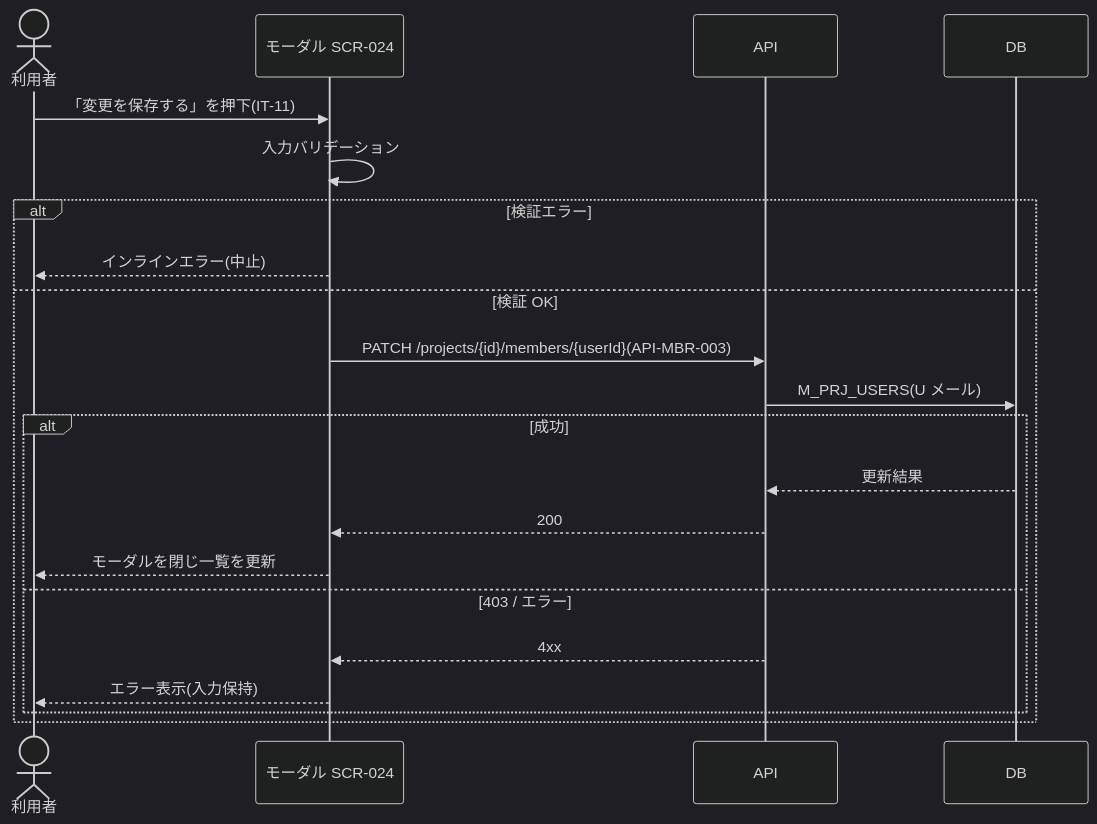
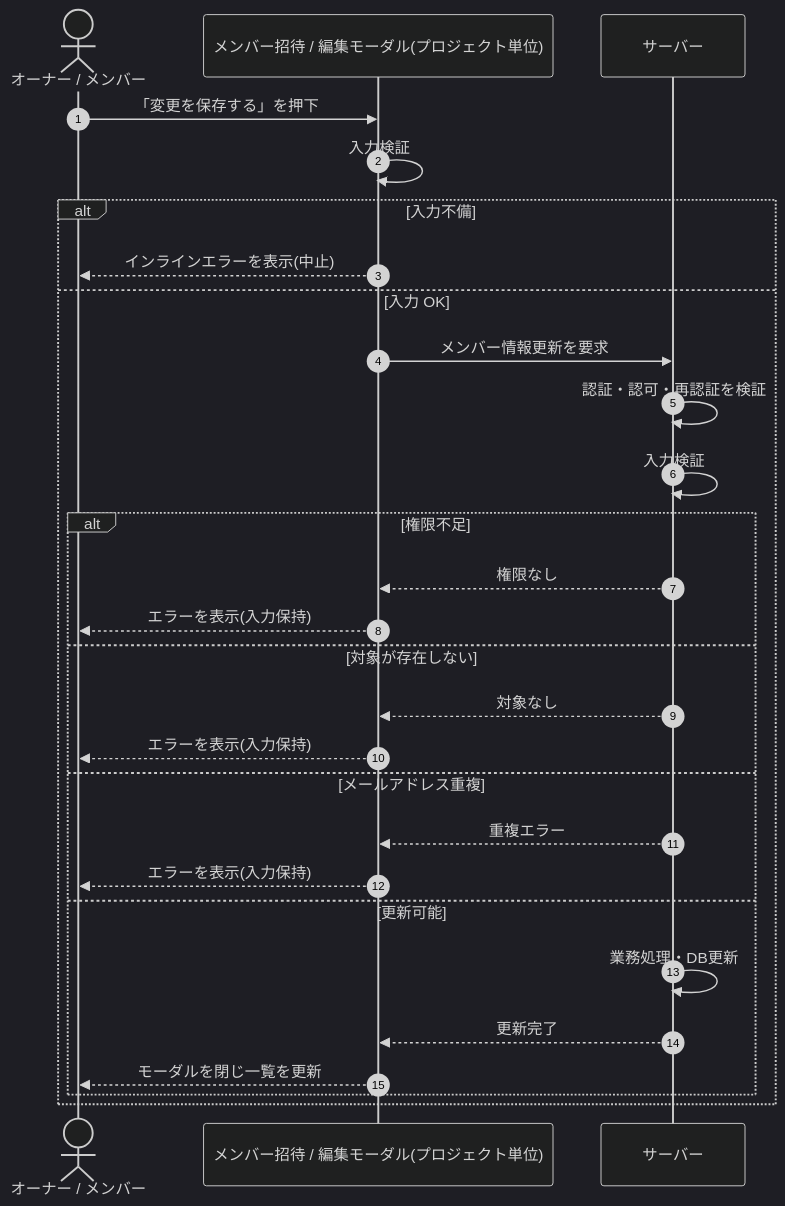
The diagram in 02_basic_design/05_sequences/SEQ-050.md (sikakou54/open-faq), drawn with Mermaid (dark theme) before and after one commit. The commit also changed other lines of this file and 108 other files, not shown here.

First line of the commit message:
基本設計: シーケンス図を基本設計粒度(ユーザー/画面/サーバー)へ再編成

````diff
--- a/02_basic_design/05_sequences/SEQ-050.md
+++ b/02_basic_design/05_sequences/SEQ-050.md
@@ -25,23 +32,30 @@
 ```mermaid
 sequenceDiagram
-  actor U as 利用者
-  participant S as モーダル SCR-024
-  participant API as API
-  participant DB as DB
-  U->>S: 「変更を保存する」を押下(IT-11)
-  S->>S: 入力バリデーション
-  alt 検証エラー
-    S-->>U: インラインエラー(中止)
-  else 検証 OK
-    S->>API: PATCH /projects/{id}/members/{userId}(API-MBR-003)
-    API->>DB: M_PRJ_USERS(U メール)
-    alt 成功
-      DB-->>API: 更新結果
-      API-->>S: 200
-      S-->>U: モーダルを閉じ一覧を更新
-    else 403 / エラー
-      API-->>S: 4xx
-      S-->>U: エラー表示(入力保持)
+  autonumber
+  actor U as オーナー / メンバー
+  participant Screen as メンバー招待 / 編集モーダル(プロジェクト単位)
+  participant Server as サーバー
+  U->>Screen: 「変更を保存する」を押下
+  Screen->>Screen: 入力検証
+  alt 入力不備
+    Screen-->>U: インラインエラーを表示(中止)
+  else 入力 OK
+    Screen->>Server: メンバー情報更新を要求
+    Server->>Server: 認証・認可・再認証を検証
+    Server->>Server: 入力検証
+    alt 権限不足
+      Server-->>Screen: 権限なし
+      Screen-->>U: エラーを表示(入力保持)
+    else 対象が存在しない
+      Server-->>Screen: 対象なし
+      Screen-->>U: エラーを表示(入力保持)
+    else メールアドレス重複
+      Server-->>Screen: 重複エラー
+      Screen-->>U: エラーを表示(入力保持)
+    else 更新可能
+      Server->>Server: 業務処理・DB更新
+      Server-->>Screen: 更新完了
+      Screen-->>U: モーダルを閉じ一覧を更新
     end
   end
 ```
````
